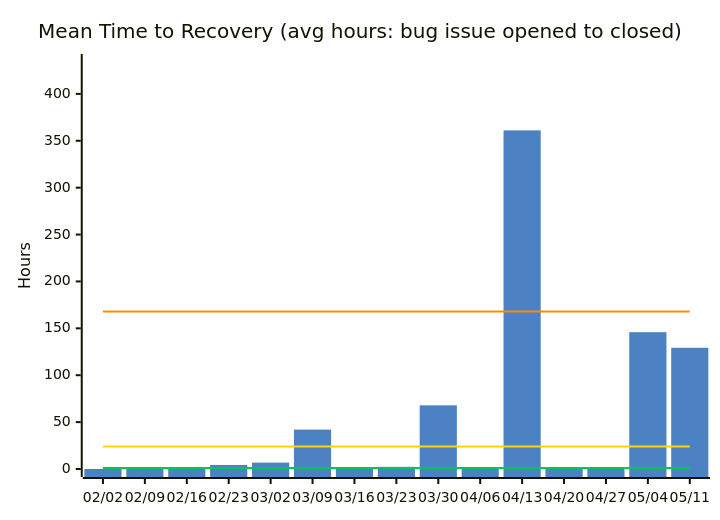
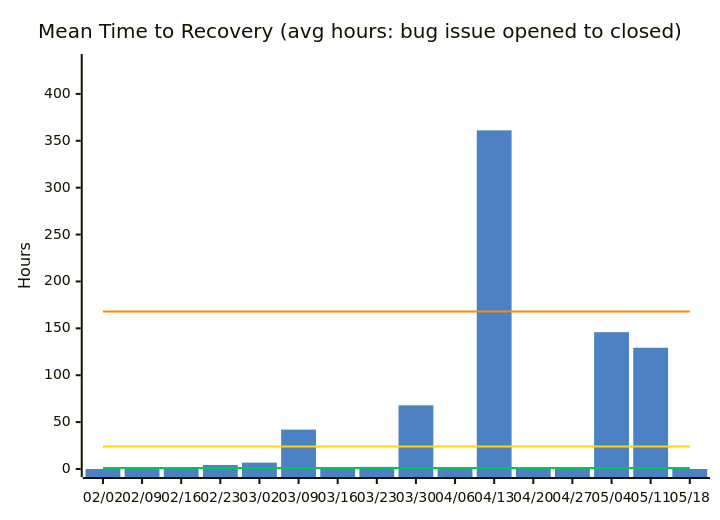
Before and after one commit to nablarch/nabledge-dev: the fourth of 14 diagrams in docs/metrics.md, drawn with Mermaid. The commit also changed other lines of this file and 2 other files, not shown here.

````diff
--- a/docs/metrics.md
+++ b/docs/metrics.md
@@ -73,11 +73,11 @@
 ```mermaid
 %%{init: {'theme': 'base', 'themeVariables': {'xyChart': {'plotColorPalette': '#4C82C3,#00C853,#FFD600,#FF8C00'}}}}%%
 xychart-beta
   title "Mean Time to Recovery (avg hours: bug issue opened to closed)"
-  x-axis ["02/02", "02/09", "02/16", "02/23", "03/02", "03/09", "03/16", "03/23", "03/30", "04/06", "04/13", "04/20", "04/27", "05/04", "05/11"]
+  x-axis ["02/02", "02/09", "02/16", "02/23", "03/02", "03/09", "03/16", "03/23", "03/30", "04/06", "04/13", "04/20", "04/27", "05/04", "05/11", "05/18"]
   y-axis "Hours" 0 --> 434
-  bar [0, 0, 2, 4.3, 6.8, 42, 0, 2.3, 67.9, 0, 361.1, 0, 0, 145.9, 129.3]
-  line [1, 1, 1, 1, 1, 1, 1, 1, 1, 1, 1, 1, 1, 1, 1]
-  line [24, 24, 24, 24, 24, 24, 24, 24, 24, 24, 24, 24, 24, 24, 24]
-  line [168, 168, 168, 168, 168, 168, 168, 168, 168, 168, 168, 168, 168, 168, 168]
+  bar [0, 0, 2, 4.3, 6.8, 42, 0, 2.3, 67.9, 0, 361.1, 0, 0, 145.9, 129.3, 0]
+  line [1, 1, 1, 1, 1, 1, 1, 1, 1, 1, 1, 1, 1, 1, 1, 1]
+  line [24, 24, 24, 24, 24, 24, 24, 24, 24, 24, 24, 24, 24, 24, 24, 24]
+  line [168, 168, 168, 168, 168, 168, 168, 168, 168, 168, 168, 168, 168, 168, 168, 168]
 ```
````
